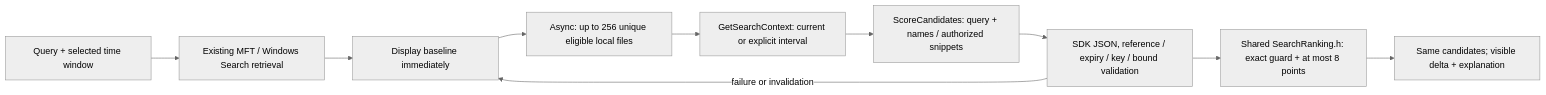
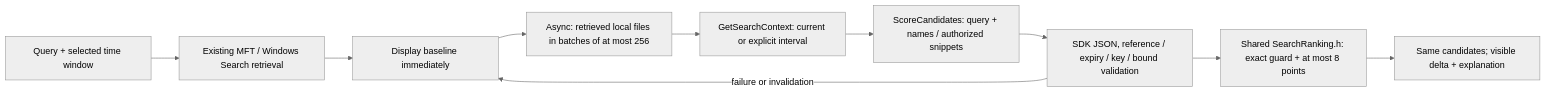
Before and after one commit to sumanthewhiz/find-my-file: the diagram in README.md, drawn with Mermaid (neutral theme). The commit also changed other lines of this file and 6 other files, not shown here.

````diff
--- a/README.md
+++ b/README.md
@@ -264,12 +264,12 @@
 ```mermaid
 flowchart LR
     Query["Query + selected time window"] --> Retrieve["Existing MFT / Windows Search retrieval"]
     Retrieve --> Baseline["Display baseline immediately"]
-    Baseline --> Worker["Async: up to 256 unique eligible local files"]
+    Baseline --> Worker["Async: retrieved local files in batches of at most 256"]
     Worker --> Freeze["GetSearchContext: current or explicit interval"]
     Freeze --> Score["ScoreCandidates: query + names / authorized snippets"]
     Score --> Validate["SDK JSON, reference / expiry / key / bound validation"]
     Validate --> Rank["Shared SearchRanking.h: exact guard + at most 8 points"]
     Rank --> UI["Same candidates; visible delta + explanation"]
     Validate -->|failure or invalidation| Baseline
 ```
````
